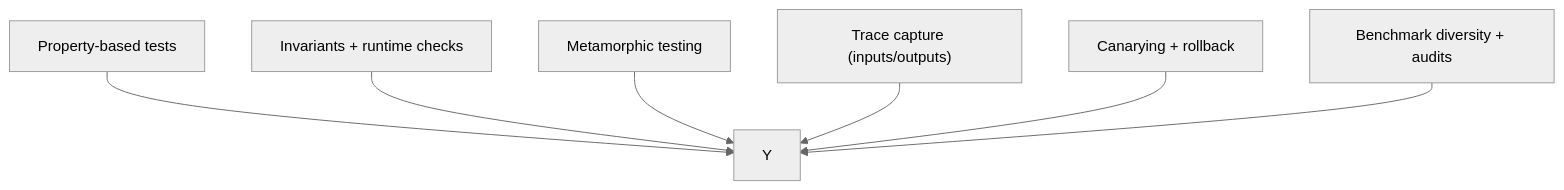
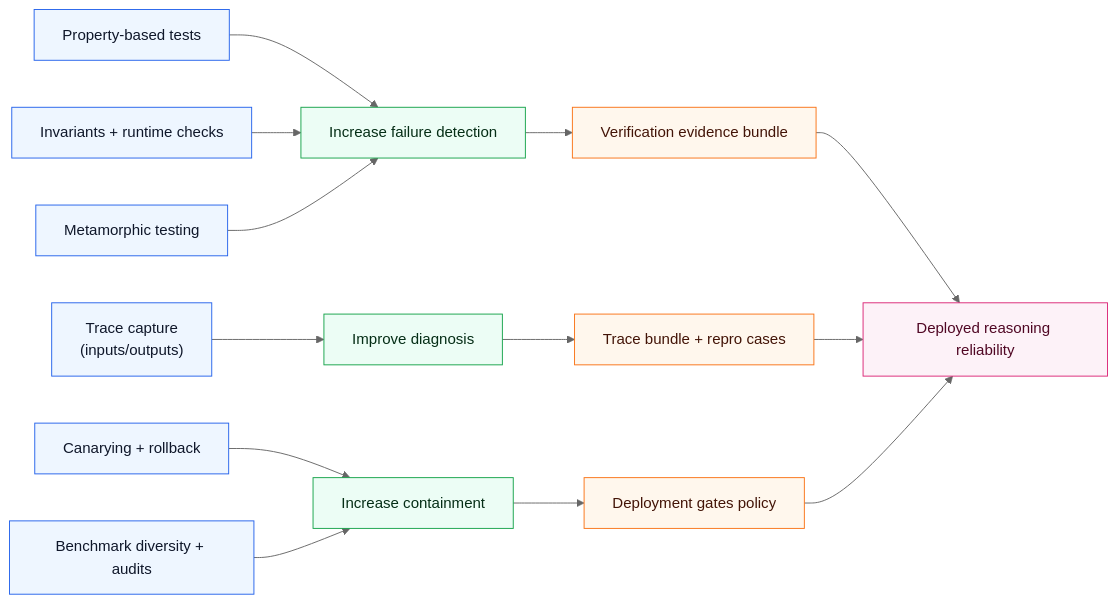
The third of 3 diagrams in docs/blog/posts/hrm-latent-reasoning-needs-verification.md (5Reasons/5reasons.github.io), drawn with Mermaid (neutral theme) before and after one commit. The commit also changed other lines of this file and 14 other files, not shown here.

First line of the commit message:
Refactor diagrams and improve clarity in blog posts and case studies

````diff
--- a/docs/blog/posts/hrm-latent-reasoning-needs-verification.md
+++ b/docs/blog/posts/hrm-latent-reasoning-needs-verification.md
@@ -110,9 +159,38 @@
 ```mermaid
-graph TD;
-  L1["Property-based tests"] --> Y;
-  L2["Invariants + runtime checks"] --> Y;
-  L3["Metamorphic testing"] --> Y;
-  L4["Trace capture (inputs/outputs)"] --> Y;
-  L5["Canarying + rollback"] --> Y;
-  L6["Benchmark diversity + audits"] --> Y;
+flowchart LR
+  %% Levers
+  L1["Property-based tests"]:::i
+  L2["Invariants + runtime checks"]:::i
+  L3["Metamorphic testing"]:::i
+  L4["Trace capture<br>(inputs/outputs)"]:::i
+  L5["Canarying + rollback"]:::i
+  L6["Benchmark diversity + audits"]:::i
+
+  %% Processes
+  P1["Increase failure detection"]:::p
+  P2["Increase containment"]:::p
+  P3["Improve diagnosis"]:::p
+
+  %% Products
+  R1["Verification evidence bundle"]:::r
+  R2["Trace bundle + repro cases"]:::r
+  R3["Deployment gates policy"]:::r
+
+  %% Outcome
+  Y["Deployed reasoning reliability"]:::o
+
+  L1 --> P1
+  L2 --> P1
+  L3 --> P1
+  P1 --> R1 --> Y
+
+  L4 --> P3 --> R2 --> Y
+  L5 --> P2 --> R3 --> Y
+  L6 --> P2
+
+  %% brModel styles
+  classDef i fill:#eef6ff,stroke:#2563eb,stroke-width:1px,color:#0f172a;
+  classDef p fill:#ecfdf5,stroke:#16a34a,stroke-width:1px,color:#052e16;
+  classDef r fill:#fff7ed,stroke:#f97316,stroke-width:1px,color:#431407;
+  classDef o fill:#fdf2f8,stroke:#db2777,stroke-width:1px,color:#500724;
 ```
````
